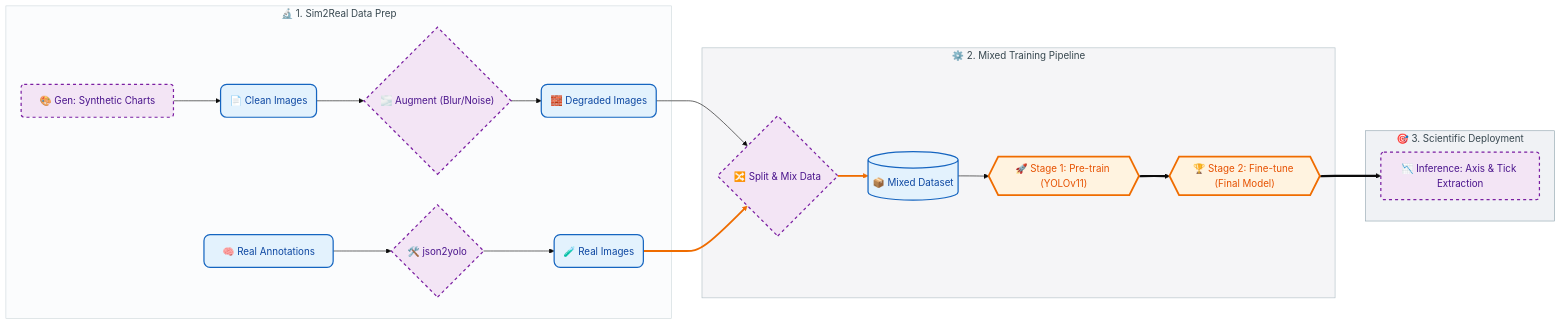
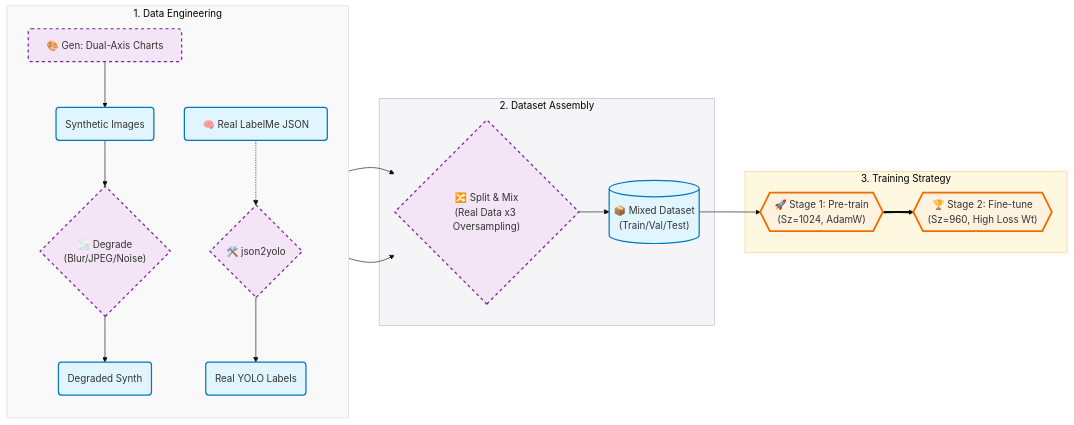
One commit to Zephyr1023/infrared-spectroscopy-and-XANES-spectroscopy-scale-detect changed the diagram in README.md. Above: the diagram before and after it, drawn with Mermaid. The commit also changed other lines of this file, not shown here.

````diff
--- a/README.md
+++ b/README.md
@@ -39,39 +44,32 @@
 ```mermaid
-%%{init: {'theme': 'base'}}%%
+%%{init: {'theme': 'base', 'themeVariables': { 'primaryColor': '#e3f2fd', 'edgeLabelBackground':'#ffffff', 'tertiaryColor': '#fff'}}}%%
 flowchart LR
-    %% 定义样式类 (Scientific Palette)
-    %% data: 蓝色系, 圆角矩形, 代表数据产物
-    classDef data fill:#e3f2fd,stroke:#1565c0,stroke-width:2px,color:#0d47a1,rx:10,ry:10;
-    %% proc: 紫色系, 虚线边框, 代表处理过程/动作
-    classDef proc fill:#f3e5f5,stroke:#7b1fa2,stroke-width:2px,color:#4a148c,rx:5,ry:5,stroke-dasharray: 5 5;
-    %% model: 橙色系, 较粗边框, 代表核心模型
-    classDef model fill:#fff3e0,stroke:#ef6c00,stroke-width:3px,color:#e65100,rx:15,ry:15;
+    %% Style Definitions
+    classDef data fill:#e1f5fe,stroke:#0277bd,stroke-width:2px,rx:5,ry:5;
+    classDef proc fill:#f3e5f5,stroke:#7b1fa2,stroke-width:2px,rx:5,ry:5,stroke-dasharray: 5 5;
+    classDef model fill:#fff3e0,stroke:#ef6c00,stroke-width:3px,rx:10,ry:10;
 
-    subgraph SG1 ["🔬 1. Sim2Real Data Prep"]
-        A["🎨 Gen: Synthetic Charts"]:::proc --> B("📄 Clean Images"):::data
-        B --> C{"🌫️ Augment (Blur/Noise)"}:::proc
-        C --> D("🧱 Degraded Images"):::data
-        R["🧠 Real Annotations"]:::data --> S{"🛠️ json2yolo"}:::proc
-        S --> E("🧪 Real Images"):::data
+    subgraph SG1 ["1. Data Engineering"]
+        direction TB
+        A["🎨 Gen: Dual-Axis Charts"]:::proc --> B("Synthetic Images"):::data
+        B --> C{"🌫️ Degrade\n(Blur/JPEG/Noise)"}:::proc
+        C --> D("Degraded Synth"):::data
+        R["🧠 Real LabelMe JSON"]:::data -.-> S{"🛠️ json2yolo"}:::proc
+        S --> E("Real YOLO Labels"):::data
     end
     
-    subgraph SG2 ["⚙️ 2. Mixed Training Pipeline"]
-        D & E --> M{"🔀 Split & Mix Data"}:::proc
-        M --> F[("📦 Mixed Dataset")]:::data
-        F --> G{{"🚀 Stage 1: Pre-train (YOLOv11)"}}:::model
-        G ==> H{{"🏆 Stage 2: Fine-tune (Final Model)"}}:::model
+    subgraph SG2 ["2. Dataset Assembly"]
+        D & E --> M{"🔀 Split & Mix\n(Real Data x3 Oversampling)"}:::proc
+        M --> F[("📦 Mixed Dataset\n(Train/Val/Test)")]:::data
     end
     
-    subgraph SG3 ["🎯 3. Scientific Deployment"]
-        H ==> I["📉 Inference: Axis & Tick Extraction"]:::proc
+    subgraph SG3 ["3. Training Strategy"]
+        F --> G{{"🚀 Stage 1: Pre-train\n(Sz=1024, AdamW)"}}:::model
+        G ==> H{{"🏆 Stage 2: Fine-tune\n(Sz=960, High Loss Wt)"}}:::model
     end
     
-    %% 强调模型之间的连接线
-    linkStyle 6,7 stroke:#ef6c00,stroke-width:3px,fill:none;
-
-    %% 淡化子图背景
-    style SG1 fill:#fbfcfd,stroke:#cfd8dc,color:#37474f
-    style SG2 fill:#f5f5f7,stroke:#b0bec5,color:#37474f
-    style SG3 fill:#f0f2f5,stroke:#90a4ae,color:#37474f
+    style SG1 fill:#f9f9f9,stroke:#cfd8dc
+    style SG2 fill:#f5f5f7,stroke:#b0bec5
+    style SG3 fill:#fff8e1,stroke:#ffcc80
 
 ```
````
